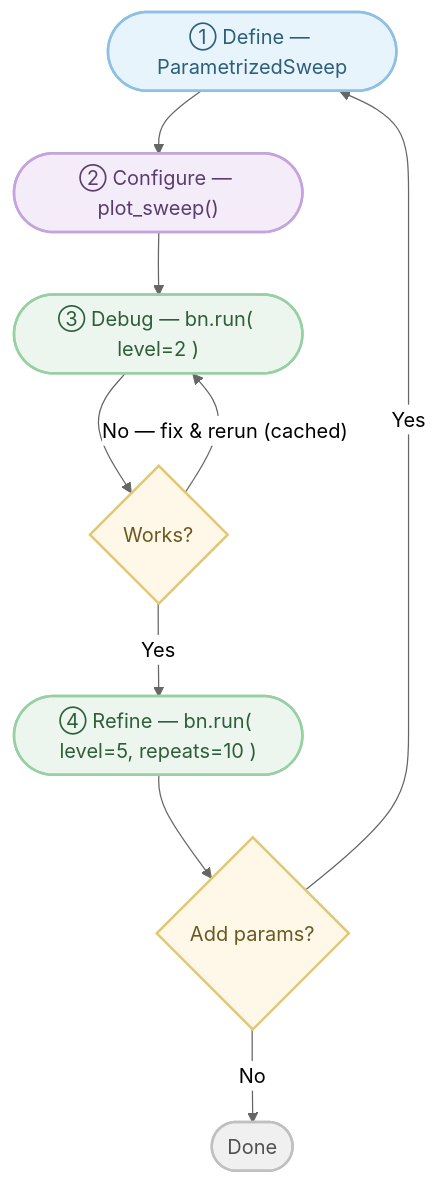
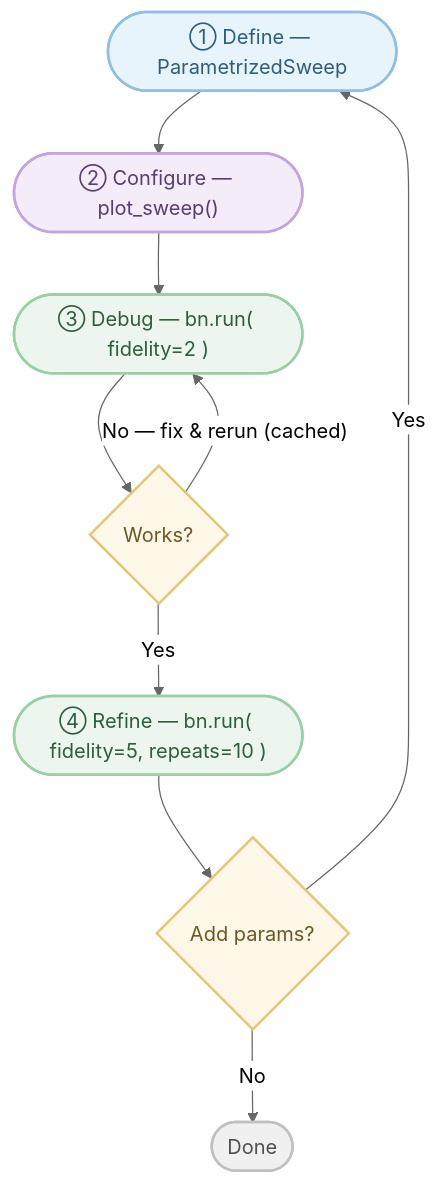
One commit to blooop/bencher changed the second of 2 diagrams in docs/concepts.md. Above: the diagram before and after it, drawn with Mermaid (neutral theme). The commit also changed other lines of this file and 57 other files, not shown here.

First line of the commit message:
Rename 'level' to 'fidelity' across the API with backward-compatible deprecation shims

````diff
--- a/docs/concepts.md
+++ b/docs/concepts.md
@@ -159,23 +159,23 @@
 ```{mermaid}
 flowchart TD
     Define(["① Define — ParametrizedSweep"])
     Configure(["② Configure — plot_sweep()"])
-    Debug(["③ Debug — bn.run( level=2 )"])
+    Debug(["③ Debug — bn.run( fidelity=2 )"])
     Check{"Works?"}
-    Refine(["④ Refine — bn.run( level=5, repeats=10 )"])
+    Refine(["④ Refine — bn.run( fidelity=5, repeats=10 )"])
     Done{"Add params?"}
 
     Define --> Configure --> Debug --> Check
     Check -- "No — fix & rerun (cached)" --> Debug
     Check -- "Yes" --> Refine --> Done
     Done -- "Yes" --> Define
     Done -- "No" --> Stop([Done])
 
     style Define fill:#e8f4fc,stroke:#8ec0e4,color:#2c5f7a,stroke-width:2px
     style Configure fill:#f4ecf8,stroke:#c4a4dc,color:#5a3d6e,stroke-width:2px
     style Debug fill:#ecf6ee,stroke:#98d0a4,color:#2e5e3a,stroke-width:2px
     style Refine fill:#ecf6ee,stroke:#98d0a4,color:#2e5e3a,stroke-width:2px
     style Check fill:#fff8e8,stroke:#e0c878,color:#6a5a20,stroke-width:2px
     style Done fill:#fff8e8,stroke:#e0c878,color:#6a5a20,stroke-width:2px
     style Stop fill:#f0f0f0,stroke:#c0c0c0,color:#505050,stroke-width:2px
 ```
````
